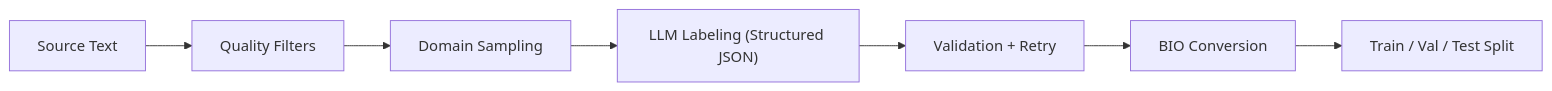
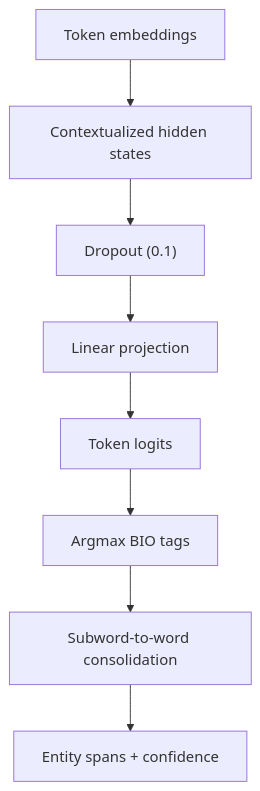
Before and after one commit to TrishamBP/TrishamBP.github.io: the third of 7 diagrams in _research/2026-04-07-quantbridge-energy-intelligence-multitask-nlp.md, drawn with Mermaid. The commit also changed other lines of this file and 1 other file, not shown here.

Commit message:
feat: add Research Articles section with integrated NLP system research article and mermaid rendering support

````diff
--- a/_research/2026-04-07-quantbridge-energy-intelligence-multitask-nlp.md
+++ b/_research/2026-04-07-quantbridge-energy-intelligence-multitask-nlp.md
@@ -86,9 +133,10 @@
 ```mermaid
-flowchart LR
-  S1["Source Text"] --> S2["Quality Filters"]
-  S2 --> S3["Domain Sampling"]
-  S3 --> S4["LLM Labeling (Structured JSON)"]
-  S4 --> S5["Validation + Retry"]
-  S5 --> S6["BIO Conversion"]
-  S6 --> S7["Train / Val / Test Split"]
+flowchart TD
+  A["Token embeddings"] --> B["Contextualized hidden states"]
+  B --> C["Dropout (0.1)"]
+  C --> D["Linear projection"]
+  D --> E["Token logits"]
+  E --> F["Argmax BIO tags"]
+  F --> G["Subword-to-word consolidation"]
+  G --> H["Entity spans + confidence"]
 ```
````
